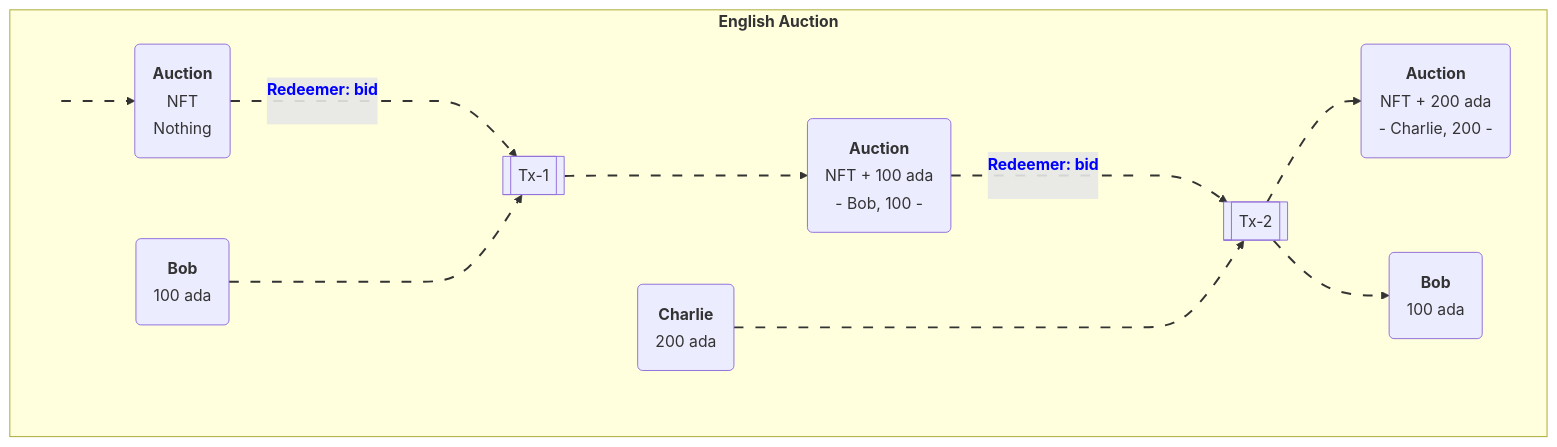
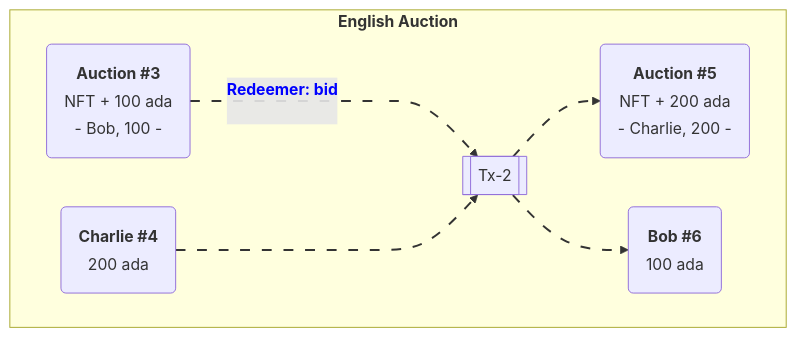
Before and after one commit to RalfWeiss/ergo-course-summary: the third of 3 diagrams in cardano/week1-auction.md, drawn with Mermaid. The commit also changed other lines of this file, not shown here.

Commit message:
english auction: Charlie makes a Bid

````diff
--- a/cardano/week1-auction.md
+++ b/cardano/week1-auction.md
@@ -105,51 +105,35 @@
 ```mermaid
 flowchart TD 
   subgraph TOP[<b>English Auction</b>]
   direction LR
 
     %% Defining invisible Connector
-    C1(( )):::invisible
-    C2(( )):::invisible
-    C3(( )):::invisible
     C4(( )):::invisible
 
-    %% Defining the UTxO's // align=Left funktioniert nicht
-    U1( <table><tr><th>Auction</th></tr><tr><td>NFT<br /></td></tr><tr><td>Nothing</td></tr></table> )
-    U2( <table><tr><th>Bob</th></tr><tr><td>100 ada<br /></td></tr></table> )
 
-    %% Defining the Tx1 and its connections
-    T1[[Tx-1]]
-
-    C1 --> U1
-    U1 -- <p><b>Redeemer: bid</b><br/><br/></p> --- C2
-    C2 --> T1
-    U2 ---> T1
 
     %% Defining the Outputs 
-    U3( <table><tr><th>Auction</th></tr><tr><td>NFT + 100 ada<br /></td></tr><tr><td> - Bob, 100 - </td></tr></table> )
-
-    %% Connect Tx-1 with Outputs 
-    T1 ---> U3
+    U3( <table><tr><th>Auction #3</th></tr><tr><td>NFT + 100 ada<br /></td></tr><tr><td> - Bob, 100 - </td></tr></table> )
 
     %% Defining the Charlies UTxO
-    U4( <table><tr><th>Charlie</th></tr><tr><td>200 ada<br /></td></tr></table> )    
+    U4( <table><tr><th>Charlie #4</th></tr><tr><td>200 ada<br /></td></tr></table> )    
 
     %% Defining the Tx-2 and it's Input connections
     T2[[Tx-2]]
     U3 -- <p><b>Redeemer: bid</b><br/><br/></p> --- C4
     C4 --> T2    
-    U4 ----> T2
+    U4 ---> T2
 
     %% Defining the Outputs 
-    U5( <table><tr><th>Auction</th></tr><tr><td>NFT + 200 ada<br /></td></tr><tr><td> - Charlie, 200 - </td></tr></table> )
-    U6( <table><tr><th>Bob</th></tr><tr><td>100 ada<br /></td></tr></table> )
+    U5( <table><tr><th>Auction #5</th></tr><tr><td>NFT + 200 ada<br /></td></tr><tr><td> - Charlie, 200 - </td></tr></table> )
+    U6( <table><tr><th>Bob #6</th></tr><tr><td>100 ada<br /></td></tr></table> )
 
     %% Connect Tx-2 with Outputs 
     T2 --> U5 & U6
 
 
     %% Defining Styles
     classDef invisible fill:none,stroke:none;
-    linkStyle 0,1,2,3,4,5,6,7,8,9 stroke:#333,stroke-width:2px,color:blue,stroke-dasharray: 10 12;
+     linkStyle 0,1,2,3,4 stroke:#333,stroke-width:2px,color:blue,stroke-dasharray: 10 12;
   end
 ```
````
